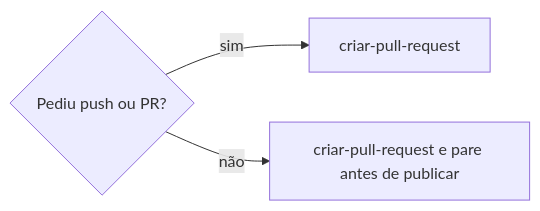
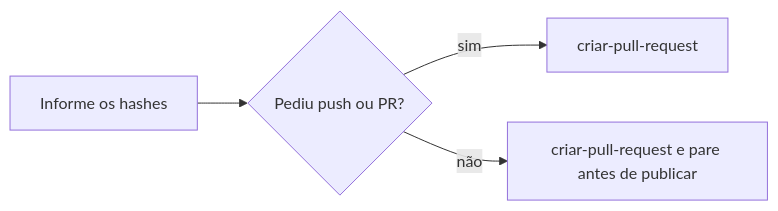
One commit to jimmyandrade/harness changed the second of 2 diagrams in .agents/skills/criar-commit/SKILL.md. Above: the diagram before and after it, drawn with Mermaid. The commit also changed other lines of this file and 1 other file, not shown here.

First line of the commit message:
fix(criar-commit): keep reporting each commit hash

````diff
--- a/.agents/skills/criar-commit/SKILL.md
+++ b/.agents/skills/criar-commit/SKILL.md
@@ -69,5 +69,6 @@
 ```mermaid
 flowchart LR
-  A{Pediu push ou PR?} -->|sim| B[criar-pull-request]
+  H[Informe os hashes] --> A{Pediu push ou PR?}
+  A -->|sim| B[criar-pull-request]
   A -->|não| C[criar-pull-request e pare antes de publicar]
 ```
````
